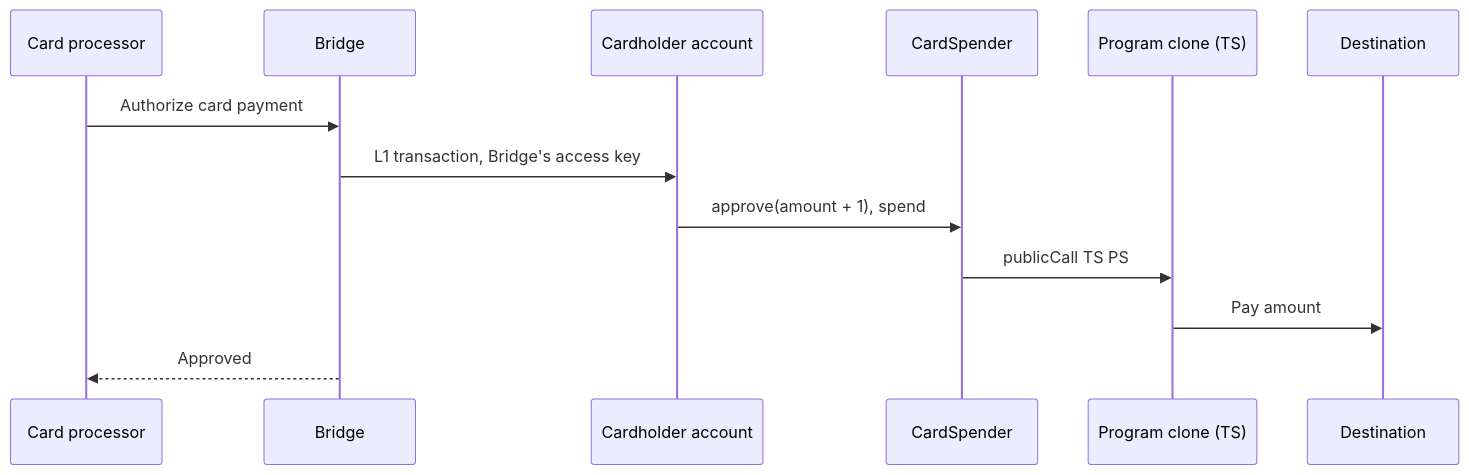
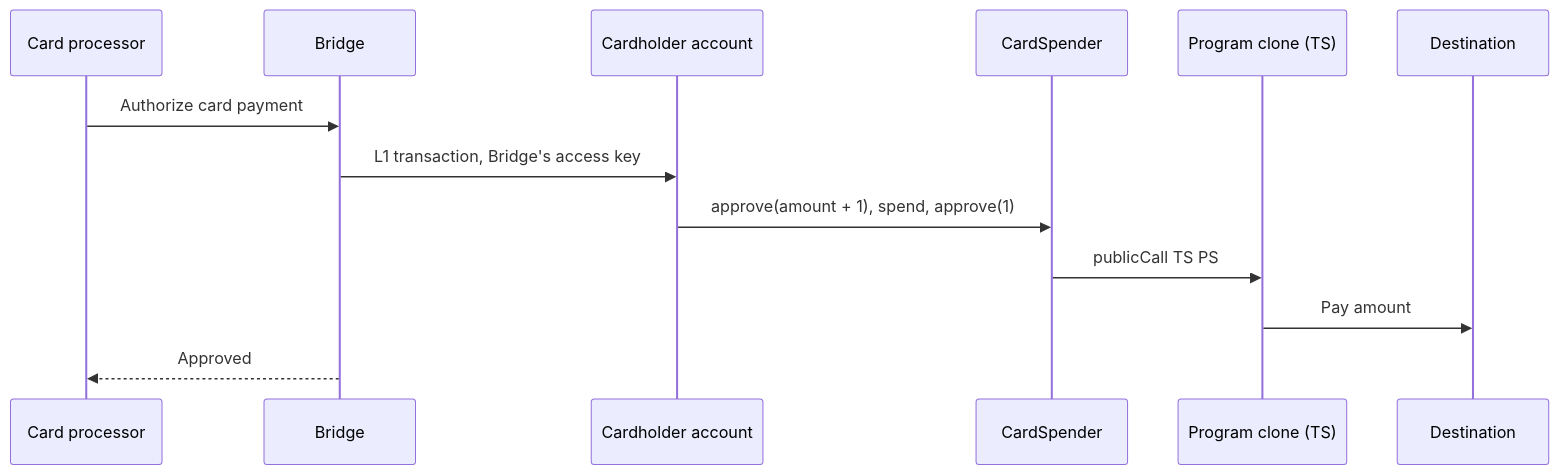
The first of 3 diagrams in docs/cards/bridge/design.md (tempoxyz/contracts), drawn with Mermaid before and after one commit. The commit also changed other lines of this file and 14 other files, not shown here.

````diff
--- a/docs/cards/bridge/design.md
+++ b/docs/cards/bridge/design.md
@@ -119,15 +119,15 @@
 ```mermaid
 sequenceDiagram
     participant S as Card processor
     participant B as Bridge
     participant A as Cardholder account
     participant G as CardSpender
     participant C as Program clone (TS)
     participant D as Destination
     S->>B: Authorize card payment
     B->>A: L1 transaction, Bridge's access key
-    A->>G: approve(amount + 1), spend
+    A->>G: approve(amount + 1), spend, approve(1)
     G->>C: publicCall TS PS
     C->>D: Pay amount
     B-->>S: Approved
 ```
````
